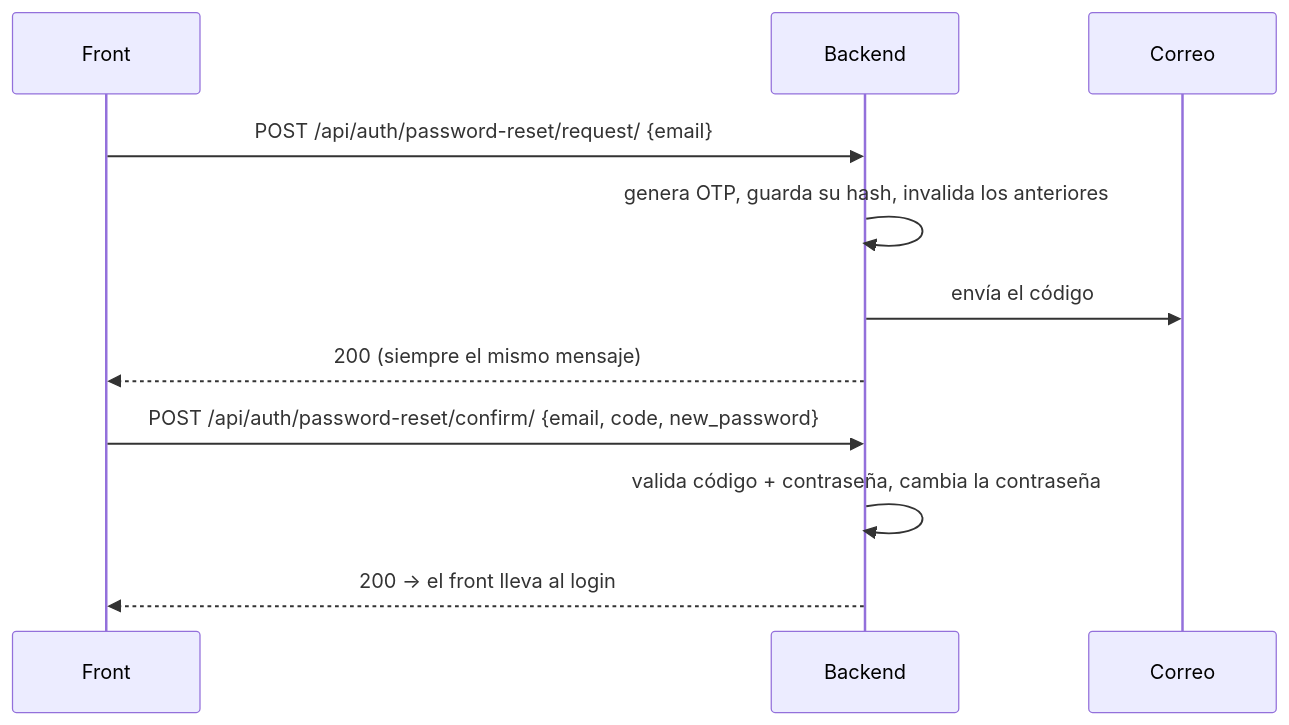
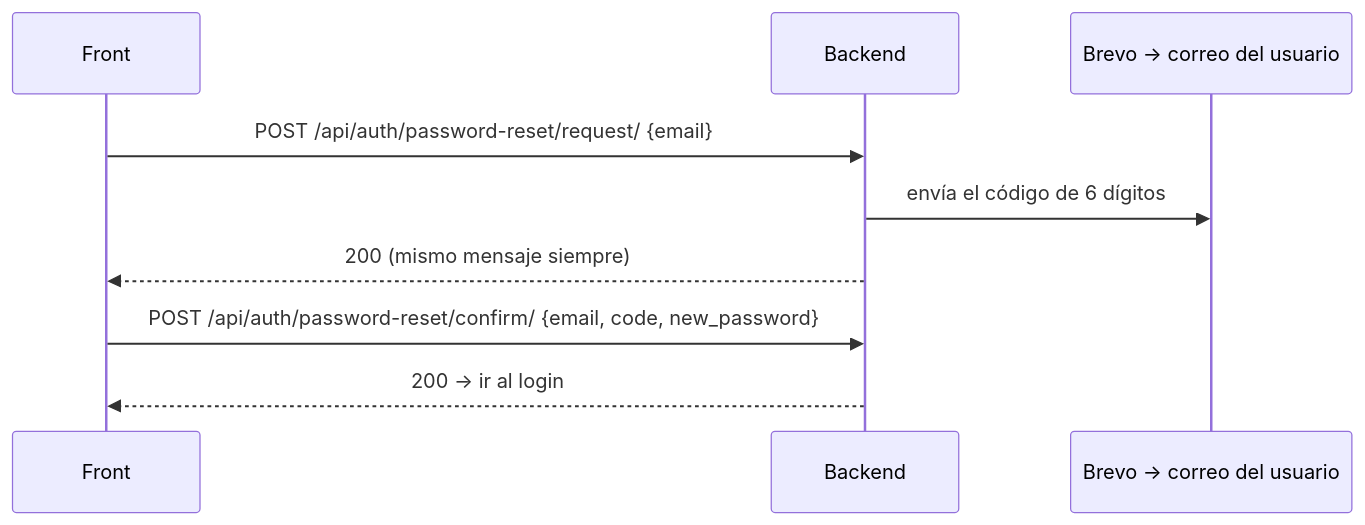
One commit to ISPC-ProCoders-2026/Pintaebook_backend changed the diagram in documentacion-guia/workflow_recuperar_contrasena.md. Above: the diagram before and after it, drawn with Mermaid. The commit also changed other lines of this file and 2 other files, not shown here.

````diff
--- a/documentacion-guia/workflow_recuperar_contrasena.md
+++ b/documentacion-guia/workflow_recuperar_contrasena.md
@@ -11,13 +22,11 @@
 ```mermaid
 sequenceDiagram
     participant F as Front
     participant B as Backend
-    participant M as Correo
+    participant M as Brevo → correo del usuario
     F->>B: POST /api/auth/password-reset/request/ {email}
-    B->>B: genera OTP, guarda su hash, invalida los anteriores
-    B->>M: envía el código
-    B-->>F: 200 (siempre el mismo mensaje)
+    B->>M: envía el código de 6 dígitos
+    B-->>F: 200 (mismo mensaje siempre)
     F->>B: POST /api/auth/password-reset/confirm/ {email, code, new_password}
-    B->>B: valida código + contraseña, cambia la contraseña
-    B-->>F: 200 → el front lleva al login
+    B-->>F: 200 → ir al login
 ```
````
